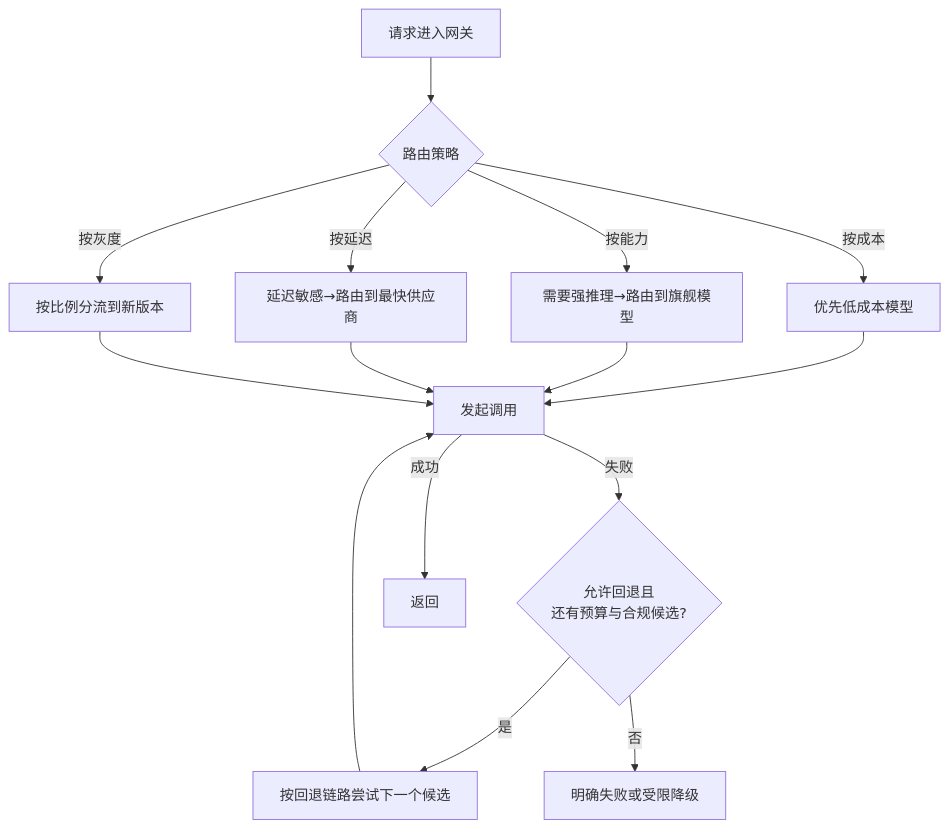
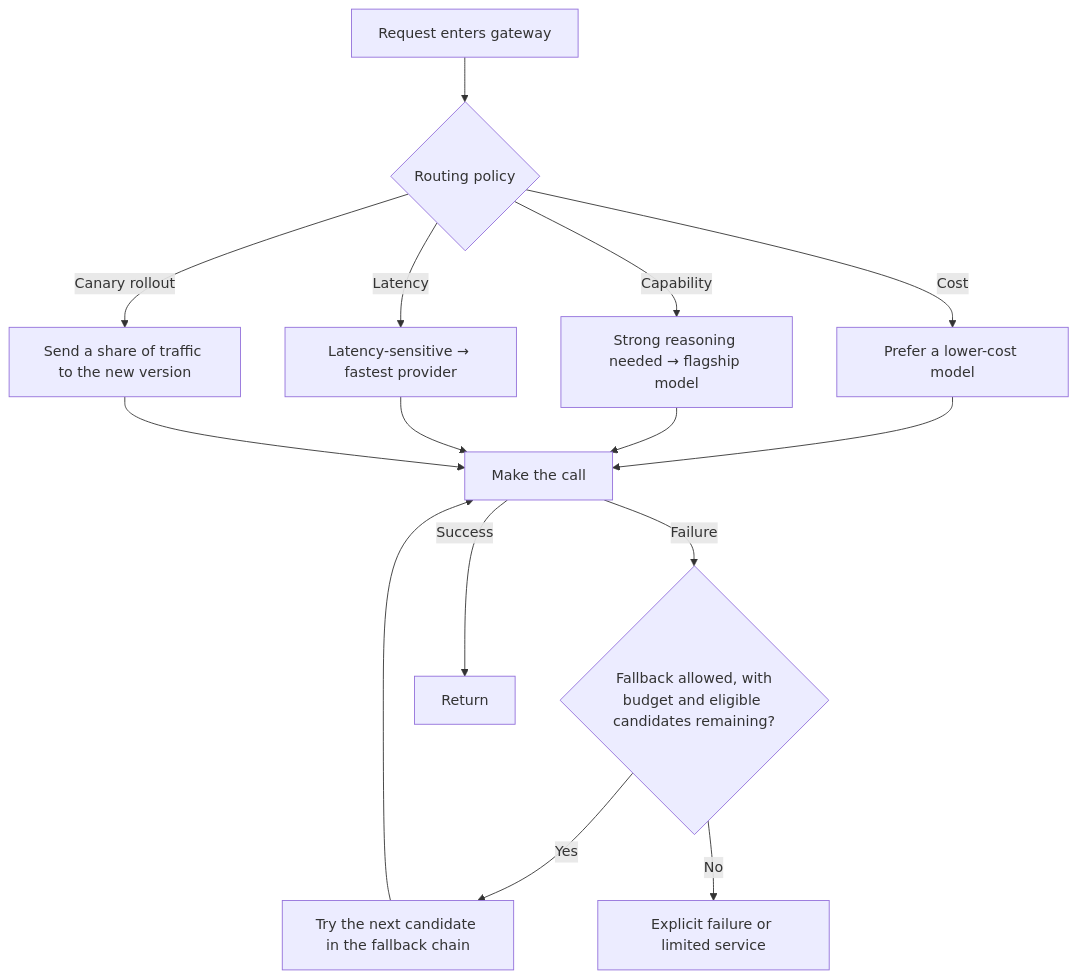
Before and after one commit to oneleaveknowsthefall/awesome-ai-roadmap: the diagram in docs/engineering/02-request-reliability/03-model-gateway-routing-fallback.md, drawn with Mermaid. The commit also changed other lines of this file and 82 other files, not shown here.

````diff
--- a/docs/engineering/02-request-reliability/03-model-gateway-routing-fallback.md
+++ b/docs/engineering/02-request-reliability/03-model-gateway-routing-fallback.md
@@ -11,17 +11,17 @@
 ```mermaid
 flowchart TB
-    REQ["请求进入网关"] --> POLICY{"路由策略"}
-    POLICY -->|按成本| CHEAP["优先低成本模型"]
-    POLICY -->|按能力| CAPABLE["需要强推理→路由到旗舰模型"]
-    POLICY -->|按延迟| FAST["延迟敏感→路由到最快供应商"]
-    POLICY -->|按灰度| CANARY["按比例分流到新版本"]
-    CHEAP --> CALL["发起调用"]
+    REQ["Request enters gateway"] --> POLICY{"Routing policy"}
+    POLICY -->|Cost| CHEAP["Prefer a lower-cost model"]
+    POLICY -->|Capability| CAPABLE["Strong reasoning needed → flagship model"]
+    POLICY -->|Latency| FAST["Latency-sensitive → fastest provider"]
+    POLICY -->|Canary rollout| CANARY["Send a share of traffic to the new version"]
+    CHEAP --> CALL["Make the call"]
     CAPABLE --> CALL
     FAST --> CALL
     CANARY --> CALL
-    CALL -->|失败| CHECK{"允许回退且<br/>还有预算与合规候选?"}
-    CHECK -->|是| FALLBACK["按回退链路尝试下一个候选"]
-    CHECK -->|否| STOP["明确失败或受限降级"]
+    CALL -->|Failure| CHECK{"Fallback allowed, with<br/>budget and eligible candidates remaining?"}
+    CHECK -->|Yes| FALLBACK["Try the next candidate in the fallback chain"]
+    CHECK -->|No| STOP["Explicit failure or limited service"]
     FALLBACK --> CALL
-    CALL -->|成功| DONE["返回"]
+    CALL -->|Success| DONE["Return"]
 ```
````
